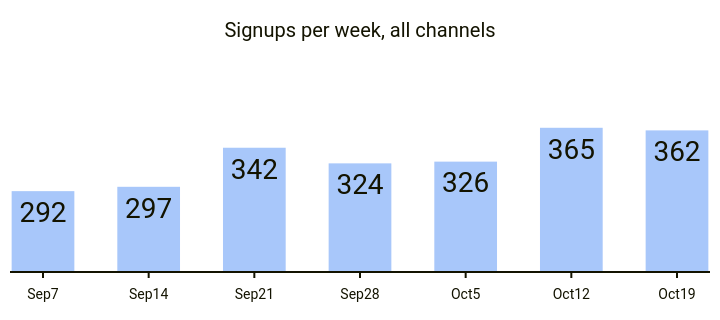
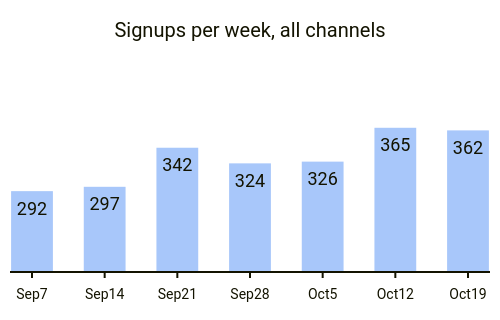
The diagram in scripts/shoot/demo/metrics/report.md (csarkosh/ide-arkos), drawn with Mermaid before and after one commit. The commit also changed 6 other files, not shown here.

First line of the commit message:
The hero still shows every persona, the analyst's chart a fixed width, and the shoot runner installs the themes' fonts

````diff
--- a/scripts/shoot/demo/metrics/report.md
+++ b/scripts/shoot/demo/metrics/report.md
@@ -19,8 +19,8 @@
 ```mermaid
-%%{init: {"xyChart": {"height": 300, "showDataLabel": true, "xAxis": {"labelPadding": 8}, "yAxis": {"showLabel": false, "showTick": false, "showTitle": false, "showAxisLine": false}}, "themeVariables": {"xyChart": {"plotColorPalette": "#a8c7fa"}}}}%%
+%%{init: {"xyChart": {"width": 480, "height": 300, "showDataLabel": true, "xAxis": {"labelPadding": 8}, "yAxis": {"showLabel": false, "showTick": false, "showTitle": false, "showAxisLine": false}}, "themeVariables": {"xyChart": {"plotColorPalette": "#a8c7fa"}}}}%%
 xychart-beta
   title "Signups per week, all channels"
   x-axis [Sep 7, Sep 14, Sep 21, Sep 28, Oct 5, Oct 12, Oct 19]
   y-axis 200 --> 450
   bar [292, 297, 342, 324, 326, 365, 362]
 ```
````
